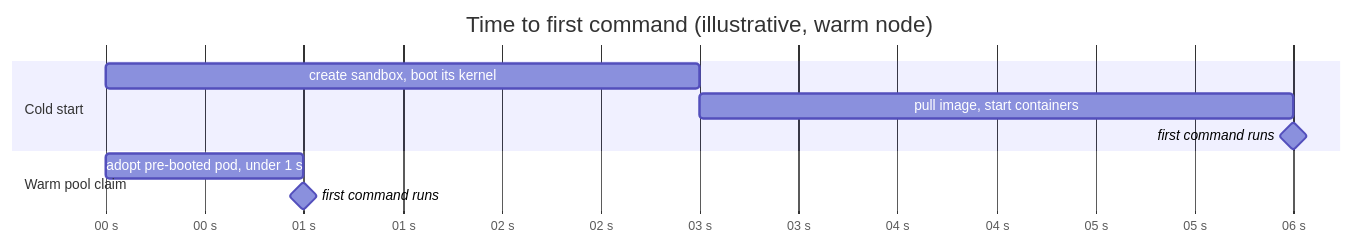
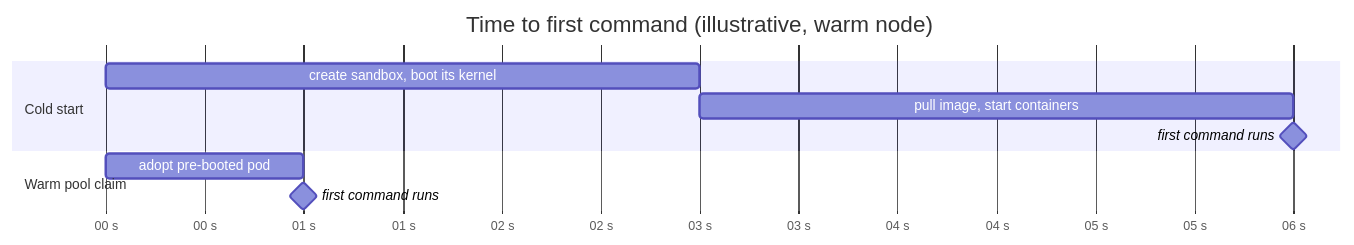
Before and after one commit to aws-samples/sample-eks-nitro-sandbox: the diagram in examples/getting-started/warm-pool/README.md, drawn with Mermaid. The commit also changed other lines of this file and 2 other files, not shown here.

````diff
--- a/examples/getting-started/warm-pool/README.md
+++ b/examples/getting-started/warm-pool/README.md
@@ -153,13 +176,13 @@
 ```mermaid
 gantt
     title Time to first command (illustrative, warm node)
     dateFormat  s
     axisFormat  %S s
     section Cold start
     create sandbox, boot its kernel :a1, 0, 3s
     pull image, start containers :a2, after a1, 3s
     first command runs           :milestone, m1, after a2, 0s
     section Warm pool claim
-    adopt pre-booted pod, under 1 s :b1, 0, 1s
+    adopt pre-booted pod :b1, 0, 1s
     first command runs           :milestone, m2, after b1, 0s
 ```
````
